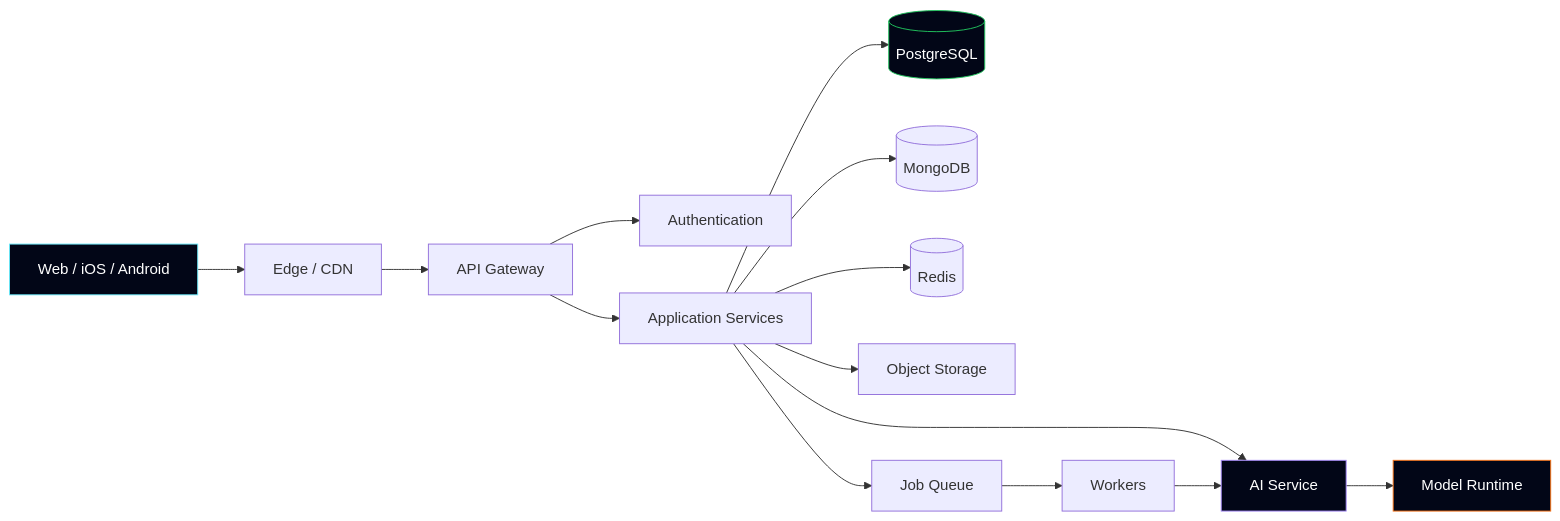
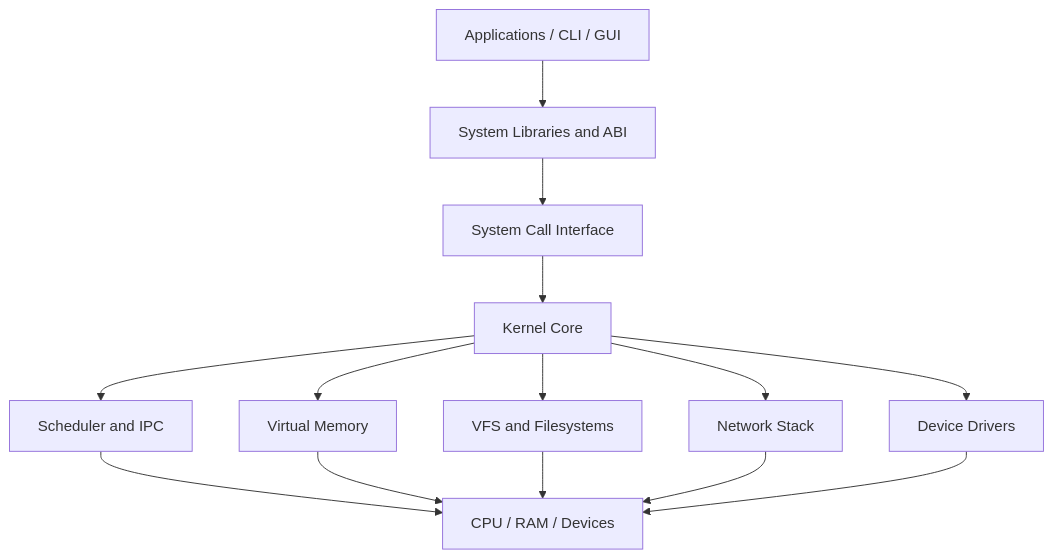
The first of 3 diagrams in README.md (avinash9354/avinash9354), drawn with Mermaid before and after one commit. The commit also changed other lines of this file, not shown here.

````diff
--- a/README.md
+++ b/README.md
@@ -370,28 +52,16 @@
 ```mermaid
-flowchart LR
-
-CLIENT[Web / iOS / Android] --> EDGE[Edge / CDN]
-EDGE --> GATEWAY[API Gateway]
-
-GATEWAY --> AUTH[Authentication]
-GATEWAY --> SERVICE[Application Services]
-
-SERVICE --> DB[(PostgreSQL)]
-SERVICE --> NOSQL[(MongoDB)]
-SERVICE --> CACHE[(Redis)]
-
-SERVICE --> AI[AI Service]
-AI --> MODEL[Model Runtime]
-
-SERVICE --> STORAGE[Object Storage]
-
-SERVICE --> QUEUE[Job Queue]
-QUEUE --> WORKER[Workers]
-
-WORKER --> AI
-
-style CLIENT fill:#020617,stroke:#67e8f9,color:#fff
-style AI fill:#020617,stroke:#a78bfa,color:#fff
-style DB fill:#020617,stroke:#22c55e,color:#fff
-style MODEL fill:#020617,stroke:#f97316,color:#fff
+flowchart TB
+    APP[Applications / CLI / GUI] --> ABI[System Libraries and ABI]
+    ABI --> SYSCALL[System Call Interface]
+    SYSCALL --> KERNEL[Kernel Core]
+    KERNEL --> SCHED[Scheduler and IPC]
+    KERNEL --> MEM[Virtual Memory]
+    KERNEL --> FS[VFS and Filesystems]
+    KERNEL --> NET[Network Stack]
+    KERNEL --> DRV[Device Drivers]
+    SCHED --> HW[CPU / RAM / Devices]
+    MEM --> HW
+    FS --> HW
+    NET --> HW
+    DRV --> HW
 ```
````
